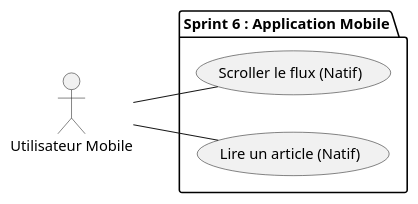
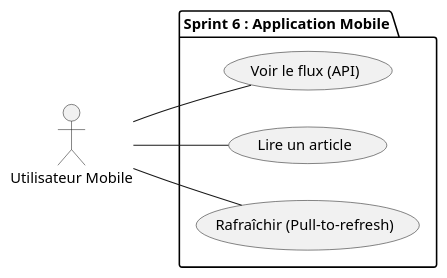
Before and after one commit to labs-web/mvp-blog-2026: the diagram in 04_sprints/Sprint-06-Mobile/sprint-06-mobile.puml, drawn with PlantUML. The commit also changed 15 other files, not shown here.

```diff
--- a/04_sprints/Sprint-06-Mobile/sprint-06-mobile.puml
+++ b/04_sprints/Sprint-06-Mobile/sprint-06-mobile.puml
@@ -1,12 +1,14 @@
 @startuml
 left to right direction
 actor "Utilisateur Mobile" as MobileUser
 
 package "Sprint 6 : Application Mobile" {
-  usecase "Scroller le flux (Natif)" as UC_Scroll
-  usecase "Lire un article (Natif)" as UC_Read
+  usecase "Voir le flux (API)" as UC_Scroll
+  usecase "Lire un article" as UC_Read
+  usecase "Rafraîchir (Pull-to-refresh)" as UC_Refresh
 }
 
 MobileUser -- UC_Scroll
 MobileUser -- UC_Read
+MobileUser -- UC_Refresh
 @enduml
```
